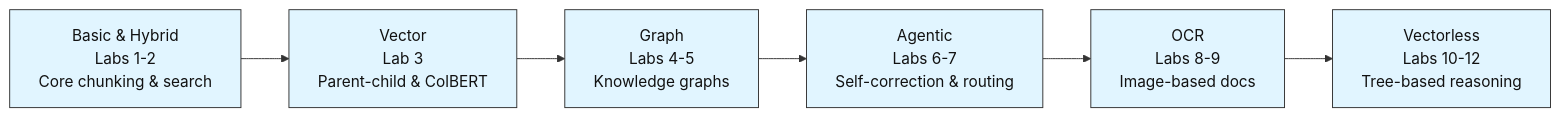
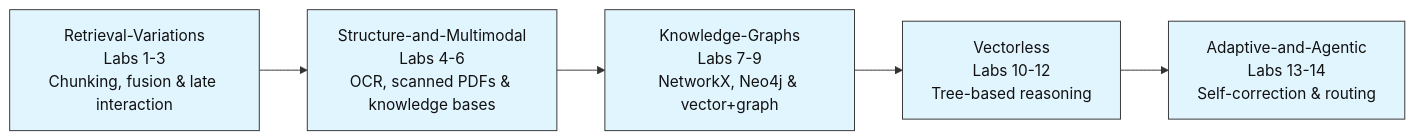
The second of 2 diagrams in RAG-Labs/README.md (CogKnowEdge-Solutions/Context-Memory-Layer), drawn with Mermaid before and after one commit. The commit also changed other lines of this file and 84 other files, not shown here.

````diff
--- a/RAG-Labs/README.md
+++ b/RAG-Labs/README.md
@@ -220,11 +220,10 @@
 ```mermaid
 flowchart LR
-    B["Basic &amp; Hybrid<br/>Labs 1-2<br/>Core chunking &amp; search"] --> V["Vector<br/>Lab 3<br/>Parent-child &amp; ColBERT"]
-    V --> G["Graph<br/>Labs 4-5<br/>Knowledge graphs"]
-    G --> A["Agentic<br/>Labs 6-7<br/>Self-correction &amp; routing"]
-    A --> O["OCR<br/>Labs 8-9<br/>Image-based docs"]
-    O --> VL["Vectorless<br/>Labs 10-12<br/>Tree-based reasoning"]
+    R["Retrieval-Variations<br/>Labs 1-3<br/>Chunking, fusion &amp; late interaction"] --> S["Structure-and-Multimodal<br/>Labs 4-6<br/>OCR, scanned PDFs &amp; knowledge bases"]
+    S --> K["Knowledge-Graphs<br/>Labs 7-9<br/>NetworkX, Neo4j &amp; vector+graph"]
+    K --> VL["Vectorless<br/>Labs 10-12<br/>Tree-based reasoning"]
+    VL --> A["Adaptive-and-Agentic<br/>Labs 13-14<br/>Self-correction &amp; routing"]
 
     classDef defaultStyle fill:#e1f5ff,stroke:#333333,stroke-width:1px,color:#111111
-    class B,V,G,A,O,VL defaultStyle
+    class R,S,K,VL,A defaultStyle
 ```
````
